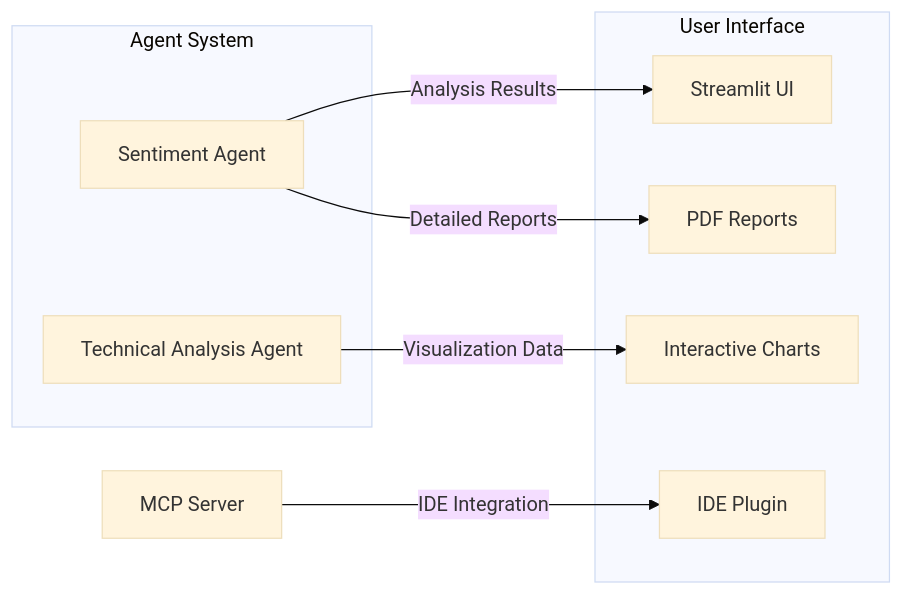
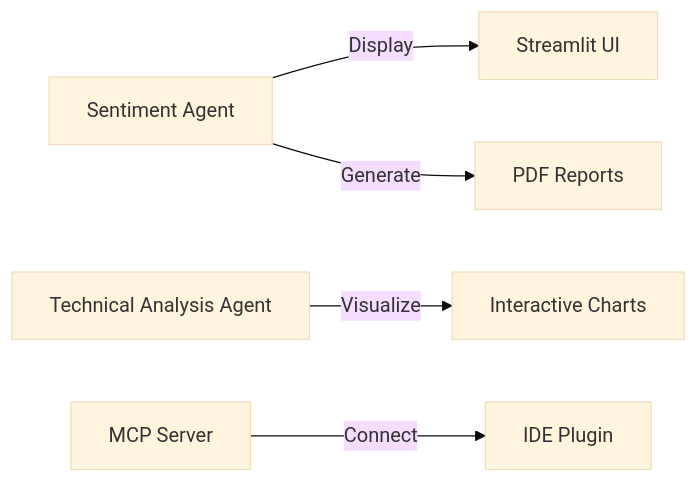
One commit to thuyvinhdinh175/Quant-Agentic-AI changed the sixth of 6 diagrams in README.md. Above: the diagram before and after it, drawn with Mermaid (base theme). The commit also changed other lines of this file, not shown here.

````diff
--- a/README.md
+++ b/README.md
@@ -123,21 +90,7 @@
 ```mermaid
-flowchart LR
-    %% Consistent naming with main diagram
-    SentimentAgent["Sentiment Agent"] -->|"Analysis Results"| Streamlit["Streamlit UI"]
-    SentimentAgent -->|"Detailed Reports"| PDF["PDF Reports"]
-    TechAgent["Technical Analysis Agent"] -->|"Visualization Data"| Charts["Interactive Charts"]
-    MCP["MCP Server"] -->|"IDE Integration"| Plugin["IDE Plugin"]
-    
-    %% Common terminology with main diagram
-    subgraph Agents["Agent System"]
-        SentimentAgent
-        TechAgent
-    end
-    
-    subgraph UI["User Interface"]
-        Streamlit
-        PDF
-        Charts
-        Plugin
-    end
+graph LR
+    SentimentAgent["Sentiment Agent"] -->|"Display"| Streamlit["Streamlit UI"]
+    SentimentAgent -->|"Generate"| PDF["PDF Reports"]
+    TechAgent["Technical Analysis Agent"] -->|"Visualize"| Charts["Interactive Charts"]
+    MCP["MCP Server"] -->|"Connect"| Plugin["IDE Plugin"]
 ```
````
